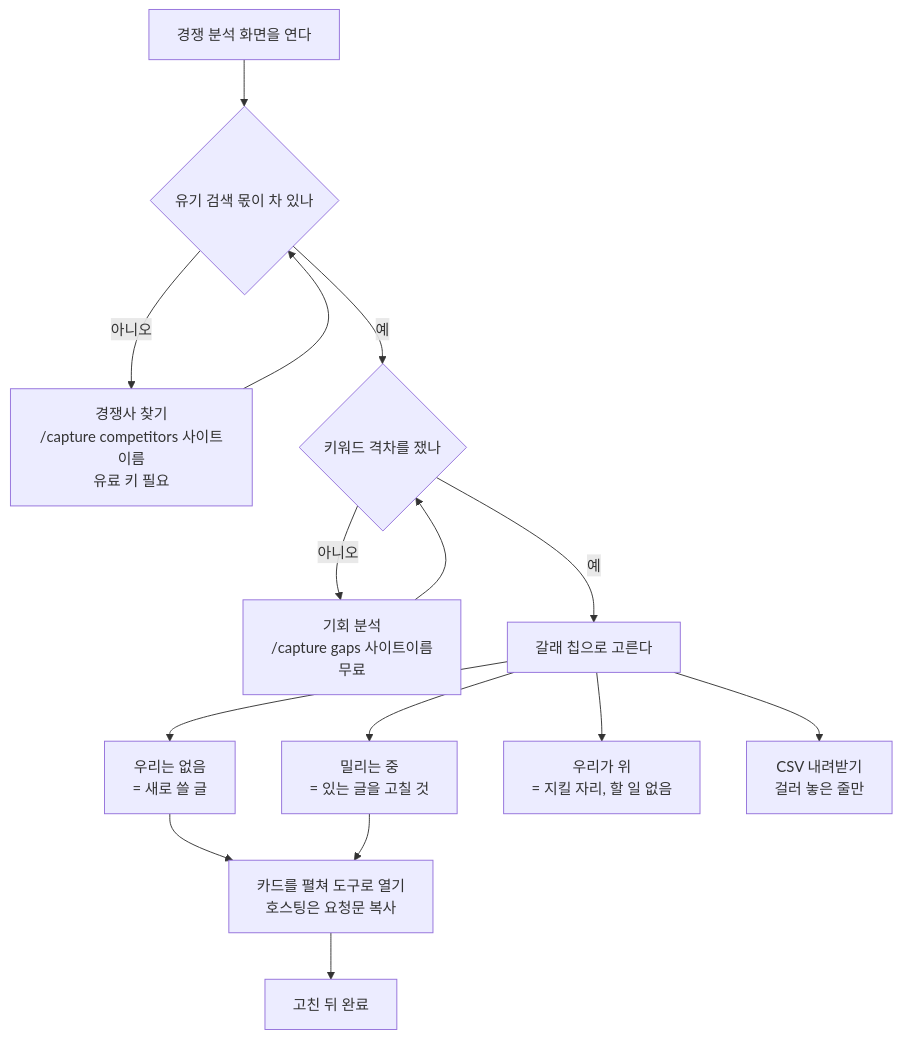
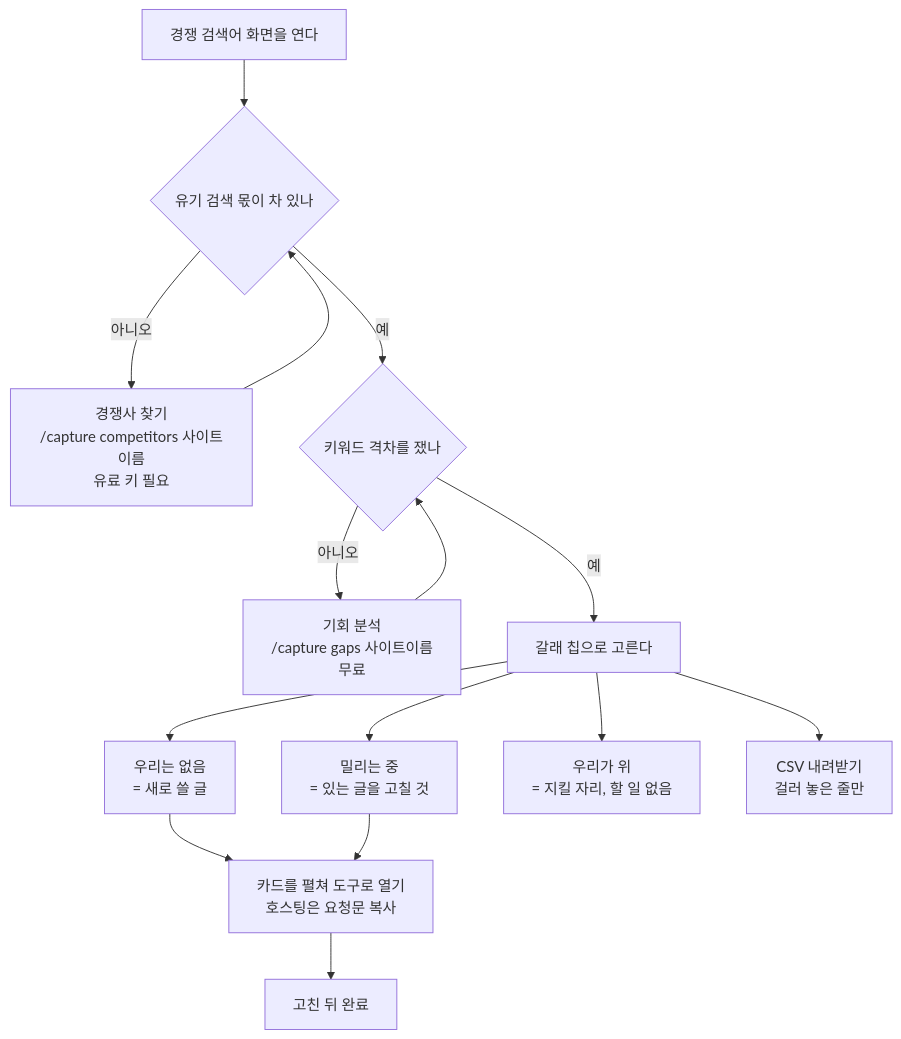
The diagram in docs/screens/competitors.md (seanjr2847/seo-miner), drawn with Mermaid before and after one commit. The commit also changed other lines of this file and 49 other files, not shown here.

````diff
--- a/docs/screens/competitors.md
+++ b/docs/screens/competitors.md
@@ -123,17 +123,17 @@
 ```mermaid
 flowchart TD
-  A["경쟁 분석 화면을 연다"] --> B{"유기 검색 몫이 차 있나"}
+  A["경쟁 검색어 화면을 연다"] --> B{"유기 검색 몫이 차 있나"}
   B -->|아니오| C["경쟁사 찾기<br/>/capture competitors 사이트이름<br/>유료 키 필요"]
   C --> B
   B -->|예| D{"키워드 격차를 쟀나"}
   D -->|아니오| E["기회 분석<br/>/capture gaps 사이트이름<br/>무료"]
   E --> D
   D -->|예| F["갈래 칩으로 고른다"]
   F --> G["우리는 없음<br/>= 새로 쓸 글"]
   F --> H["밀리는 중<br/>= 있는 글을 고칠 것"]
   F --> I["우리가 위<br/>= 지킬 자리, 할 일 없음"]
   G --> J["카드를 펼쳐 도구로 열기<br/>호스팅은 요청문 복사"]
   H --> J
   J --> K["고친 뒤 완료"]
   F --> L["CSV 내려받기<br/>걸러 놓은 줄만"]
 ```
````
